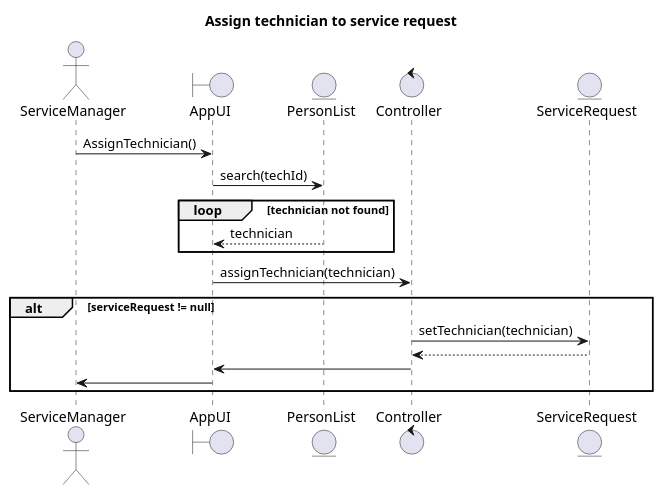
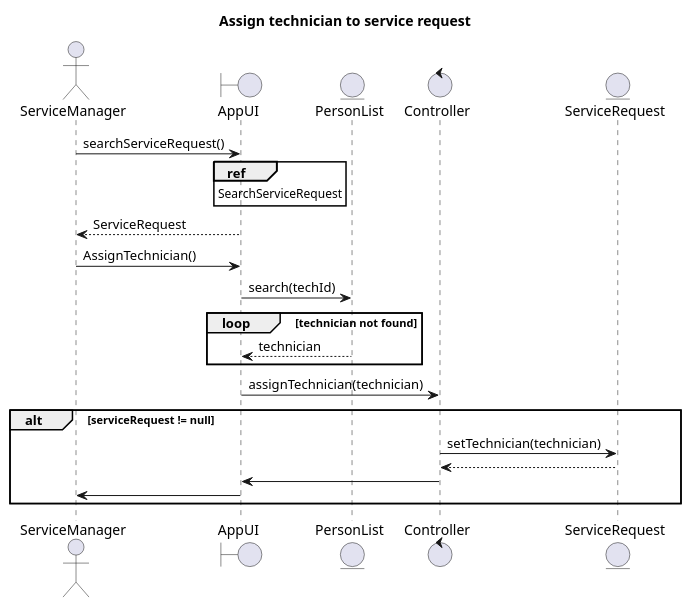
Before and after one commit to WLun001/service-request-app: the diagram in UML/SequenceDiagram/AssignTechnician.puml, drawn with PlantUML. The commit also changed 1 other file, not shown here.

Commit message:
edited sequence diagram

```diff
--- a/UML/SequenceDiagram/AssignTechnician.puml
+++ b/UML/SequenceDiagram/AssignTechnician.puml
@@ -1,28 +1,25 @@
 @startuml
 title Assign technician to service request
 Actor ServiceManager
 Boundary AppUI
 Entity PersonList
 Control Controller
 Entity ServiceRequest
+
+ServiceManager -> AppUI : searchServiceRequest()
+ref over AppUI : SearchServiceRequest
+AppUI --> ServiceManager : ServiceRequest
 
 ServiceManager -> AppUI: AssignTechnician()
 AppUI -> PersonList : search(techId)
 loop technician not found
     PersonList --> AppUI : technician
 end
 AppUI -> Controller : assignTechnician(technician)
 alt serviceRequest != null
     Controller -> ServiceRequest : setTechnician(technician)
     ServiceRequest --> Controller
     Controller -> AppUI
     AppUI -> ServiceManager
-
 end
-
-
-
-
-
-
 @enduml
```
